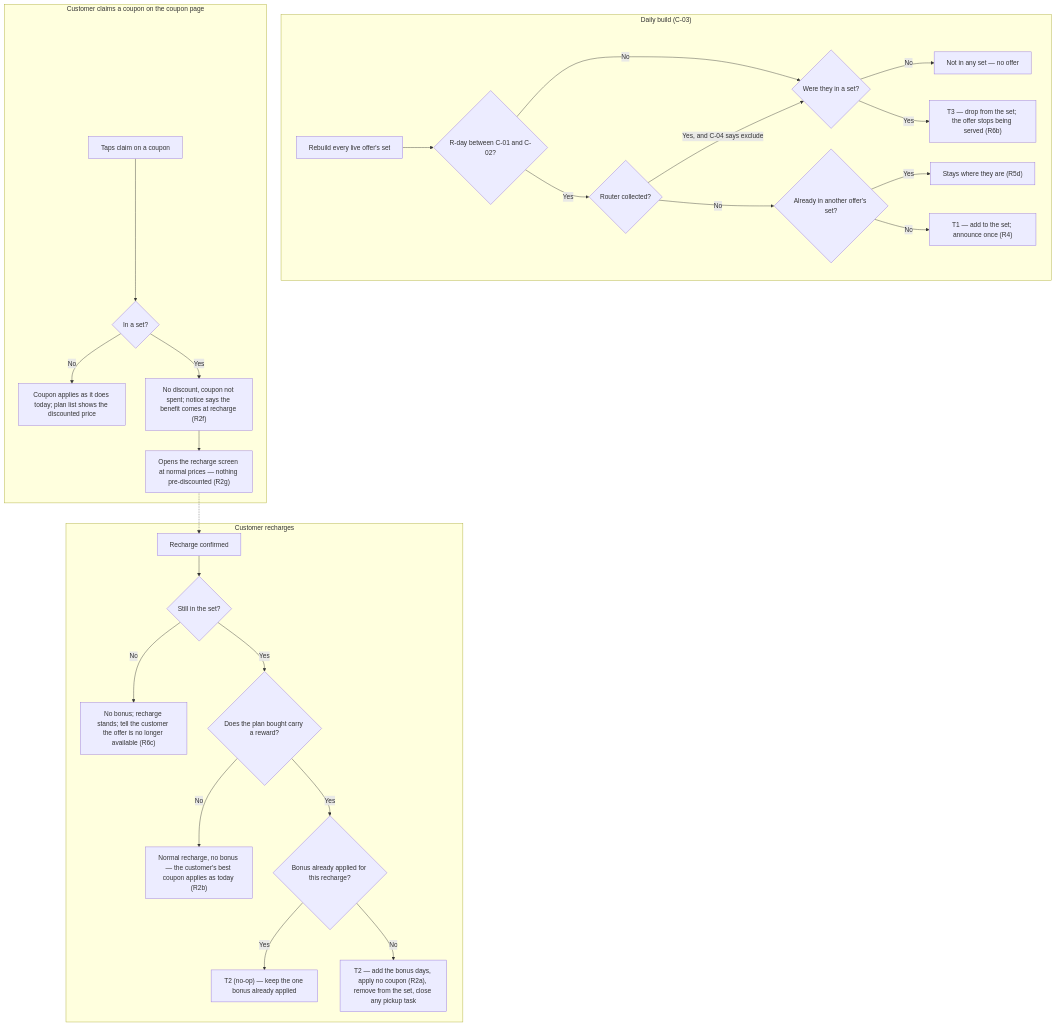
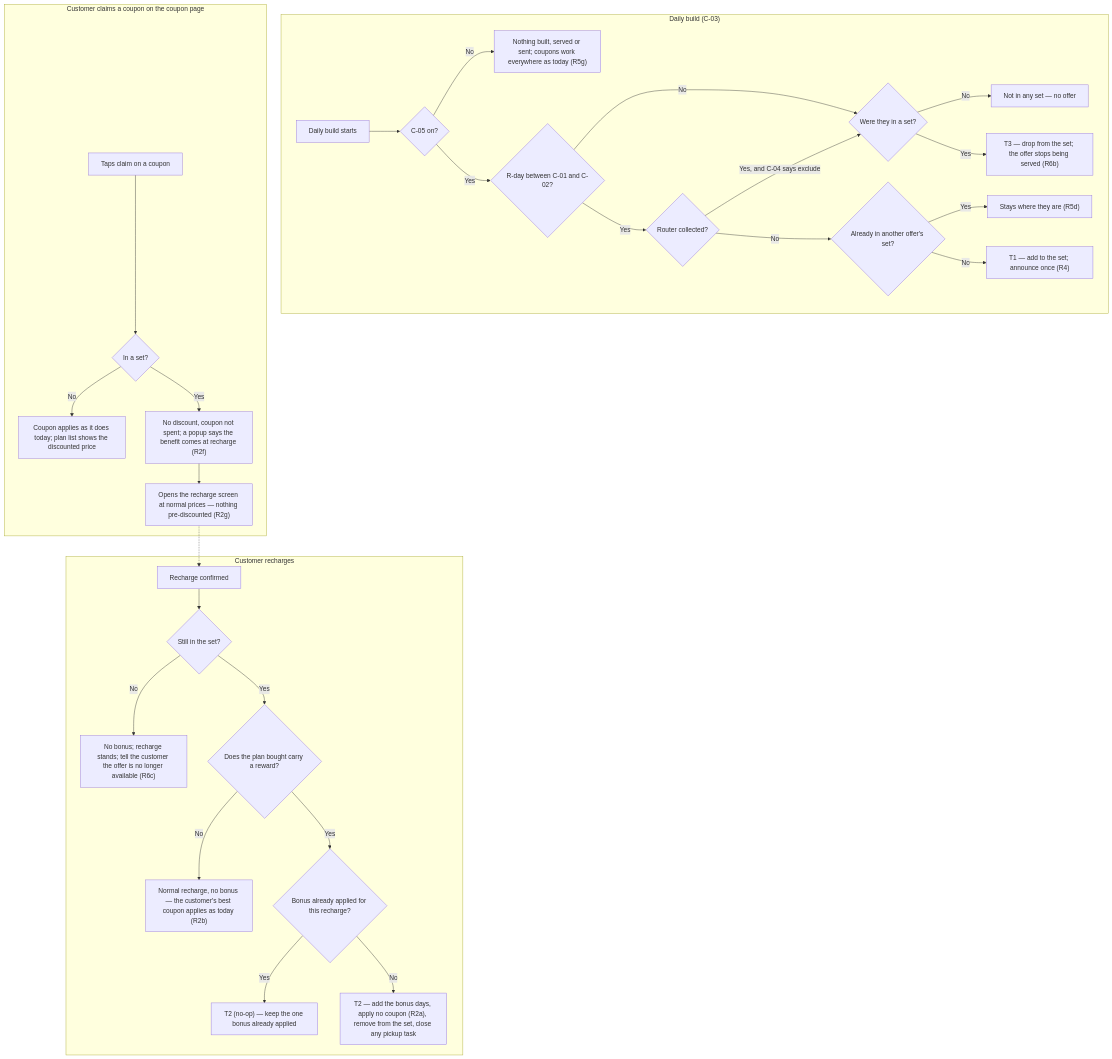
Before and after one commit to ashish-raj-wiom/renewal-winback-prd: the diagram in Renewal_Win_Back_Offer_PRD.md, drawn with Mermaid. The commit also changed other lines of this file and 2 other files, not shown here.

First line of the commit message:
v2.0 — on/off switch for the whole feature; 'notice' was lingo

````diff
--- a/Renewal_Win_Back_Offer_PRD.md
+++ b/Renewal_Win_Back_Offer_PRD.md
@@ -73,33 +73,35 @@
 ```mermaid
 flowchart TD
     subgraph DAILY["Daily build (C-03)"]
-      A["Rebuild every live offer's set"] --> E{"R-day between C-01 and C-02?"}
+      A["Daily build starts"] --> SW{"C-05 on?"}
+      SW -- "No" --> OFFALL["Nothing built, served or sent; coupons work everywhere as today (R5g)"]
+      SW -- "Yes" --> E{"R-day between C-01 and C-02?"}
       E -- "No" --> WAS{"Were they in a set?"}
       WAS -- "No" --> OUT["Not in any set — no offer"]
       WAS -- "Yes" --> T3["T3 — drop from the set; the offer stops being served (R6b)"]
       E -- "Yes" --> RT{"Router collected?"}
       RT -- "Yes, and C-04 says exclude" --> WAS
       RT -- "No" --> OV{"Already in another offer's set?"}
       OV -- "Yes" --> KEEPSET["Stays where they are (R5d)"]
       OV -- "No" --> T1["T1 — add to the set; announce once (R4)"]
     end
 
     subgraph CLAIM["Customer claims a coupon on the coupon page"]
       CA["Taps claim on a coupon"] --> CIN{"In a set?"}
       CIN -- "No" --> CTODAY["Coupon applies as it does today; plan list shows the discounted price"]
-      CIN -- "Yes" --> CNOTE["No discount, coupon not spent; notice says the benefit comes at recharge (R2f)"]
+      CIN -- "Yes" --> CNOTE["No discount, coupon not spent; a popup says the benefit comes at recharge (R2f)"]
       CNOTE --> CPLAN["Opens the recharge screen at normal prices — nothing pre-discounted (R2g)"]
     end
 
     subgraph RECHARGE["Customer recharges"]
       B["Recharge confirmed"] --> IN{"Still in the set?"}
       IN -- "No" --> NA["No bonus; recharge stands; tell the customer the offer is no longer available (R6c)"]
       IN -- "Yes" --> P{"Does the plan bought carry a reward?"}
       P -- "No" --> Z["Normal recharge, no bonus — the customer's best coupon applies as today (R2b)"]
       P -- "Yes" --> D{"Bonus already applied for this recharge?"}
       D -- "Yes" --> KEEP["T2 (no-op) — keep the one bonus already applied"]
       D -- "No" --> F["T2 — add the bonus days, apply no coupon (R2a), remove from the set, close any pickup task"]
     end
 
     CPLAN -.-> B
 ```
````
